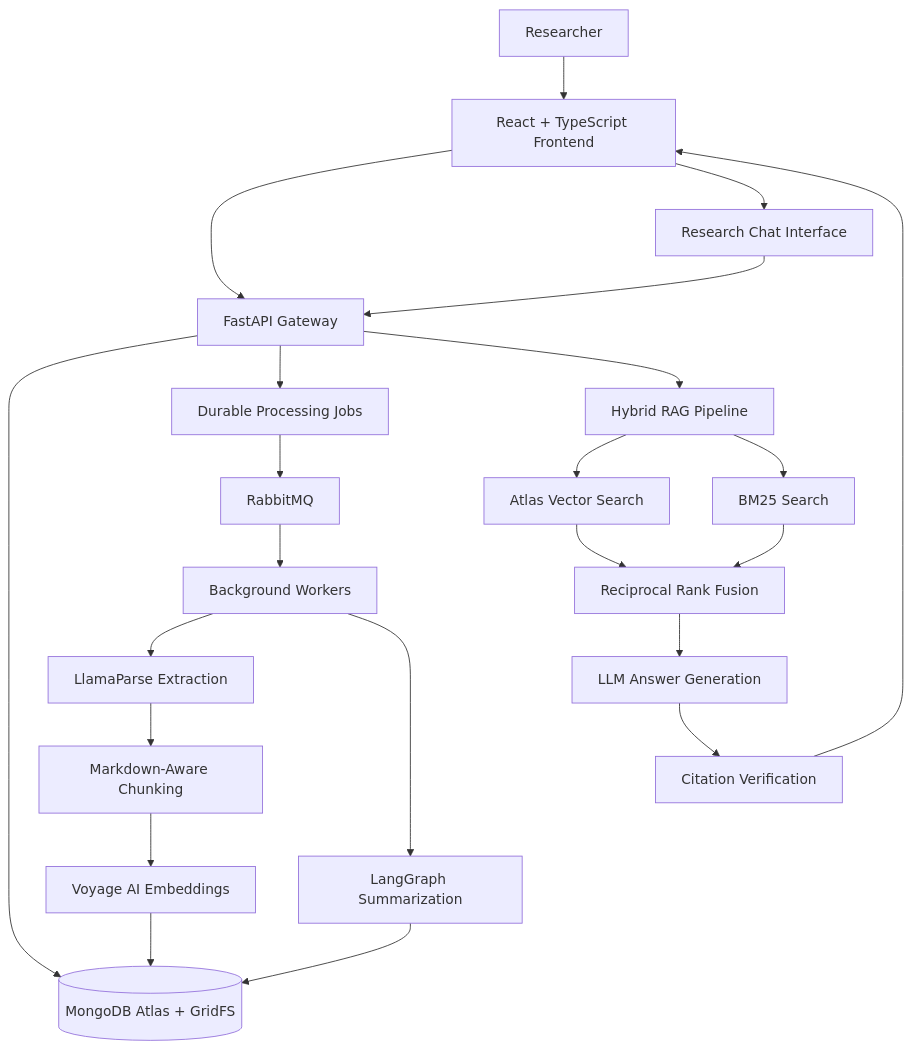
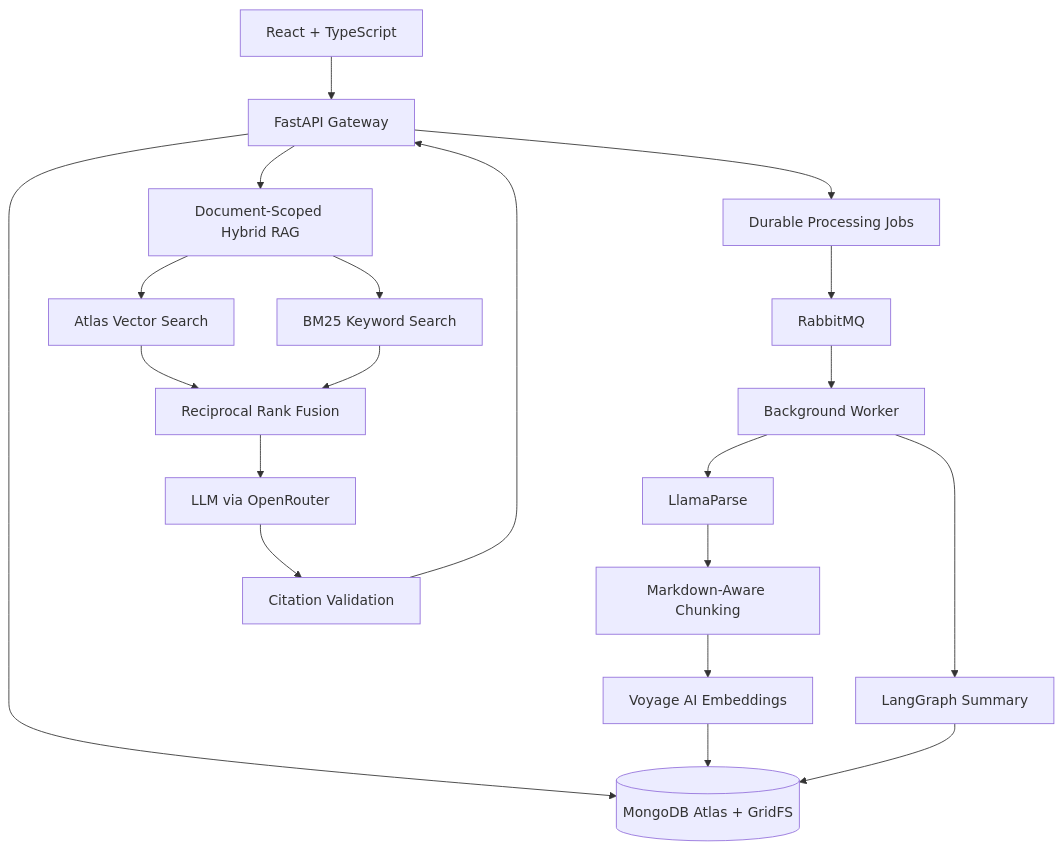
The diagram in README.md (arrathikan/Research-Assistant-for-PDFs), drawn with Mermaid before and after one commit. The commit also changed other lines of this file, not shown here.

````diff
--- a/README.md
+++ b/README.md
@@ -41,30 +32,22 @@
 ```mermaid
 flowchart TD
-    U["Researcher"] --> UI["React + TypeScript Frontend"]
-    UI --> API["FastAPI Gateway"]
-
+    UI["React + TypeScript"] --> API["FastAPI Gateway"]
     API --> DB[("MongoDB Atlas + GridFS")]
     API --> JOB["Durable Processing Jobs"]
     JOB --> MQ["RabbitMQ"]
-    MQ --> WORKER["Background Workers"]
-
-    WORKER --> PARSE["LlamaParse Extraction"]
+    MQ --> WORKER["Background Worker"]
+    WORKER --> PARSE["LlamaParse"]
     PARSE --> CHUNK["Markdown-Aware Chunking"]
     CHUNK --> EMBED["Voyage AI Embeddings"]
     EMBED --> DB
-
-    WORKER --> SUMMARY["LangGraph Summarization"]
-    SUMMARY --> DB
-
-    UI --> CHAT["Research Chat Interface"]
-    CHAT --> API
-    API --> RAG["Hybrid RAG Pipeline"]
-
+    WORKER --> SUM["LangGraph Summary"]
+    SUM --> DB
+    API --> RAG["Document-Scoped Hybrid RAG"]
     RAG --> VECTOR["Atlas Vector Search"]
-    RAG --> BM25["BM25 Search"]
+    RAG --> KEYWORD["BM25 Keyword Search"]
     VECTOR --> RRF["Reciprocal Rank Fusion"]
-    BM25 --> RRF
-    RRF --> LLM["LLM Answer Generation"]
-    LLM --> CITE["Citation Verification"]
-    CITE --> UI
+    KEYWORD --> RRF
+    RRF --> LLM["LLM via OpenRouter"]
+    LLM --> CIT["Citation Validation"]
+    CIT --> API
 ```
````
